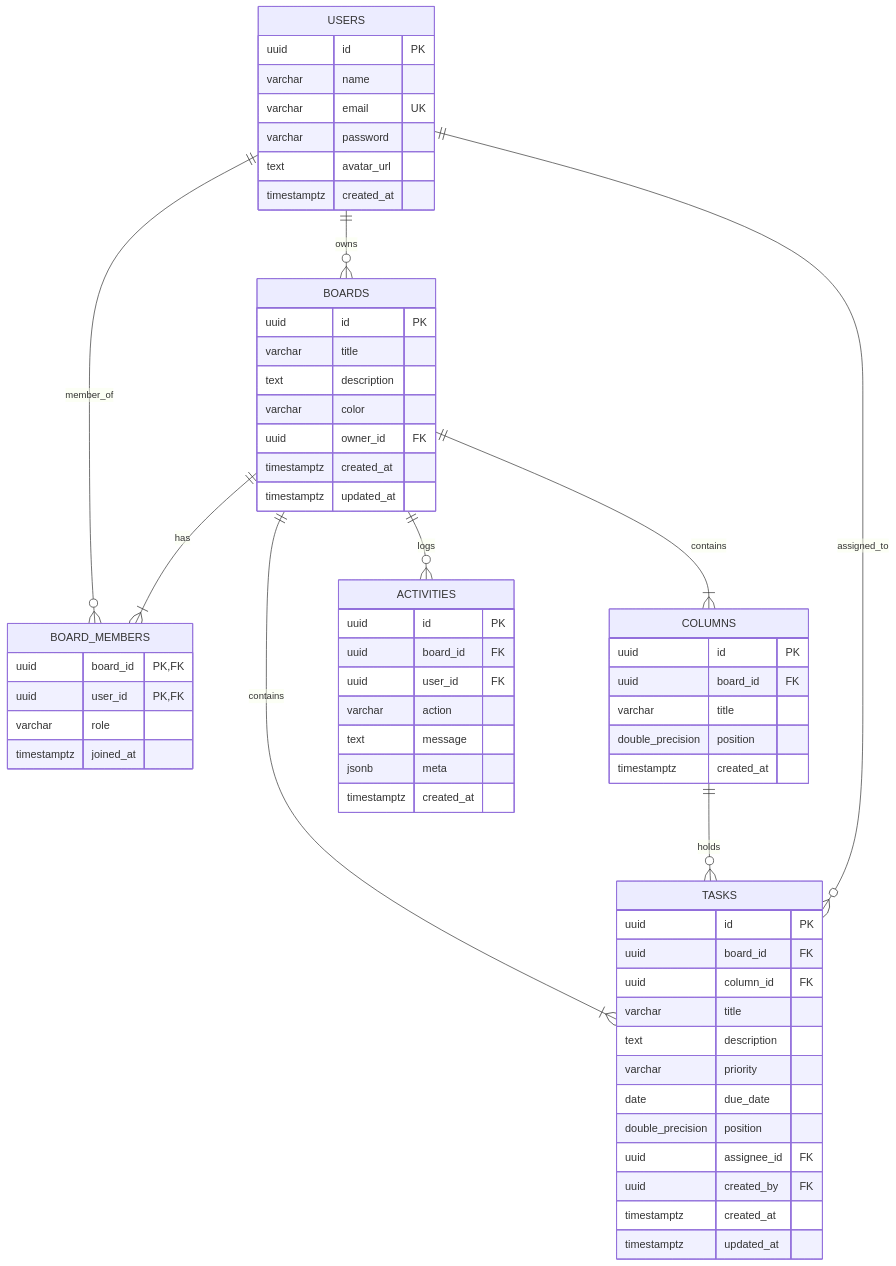
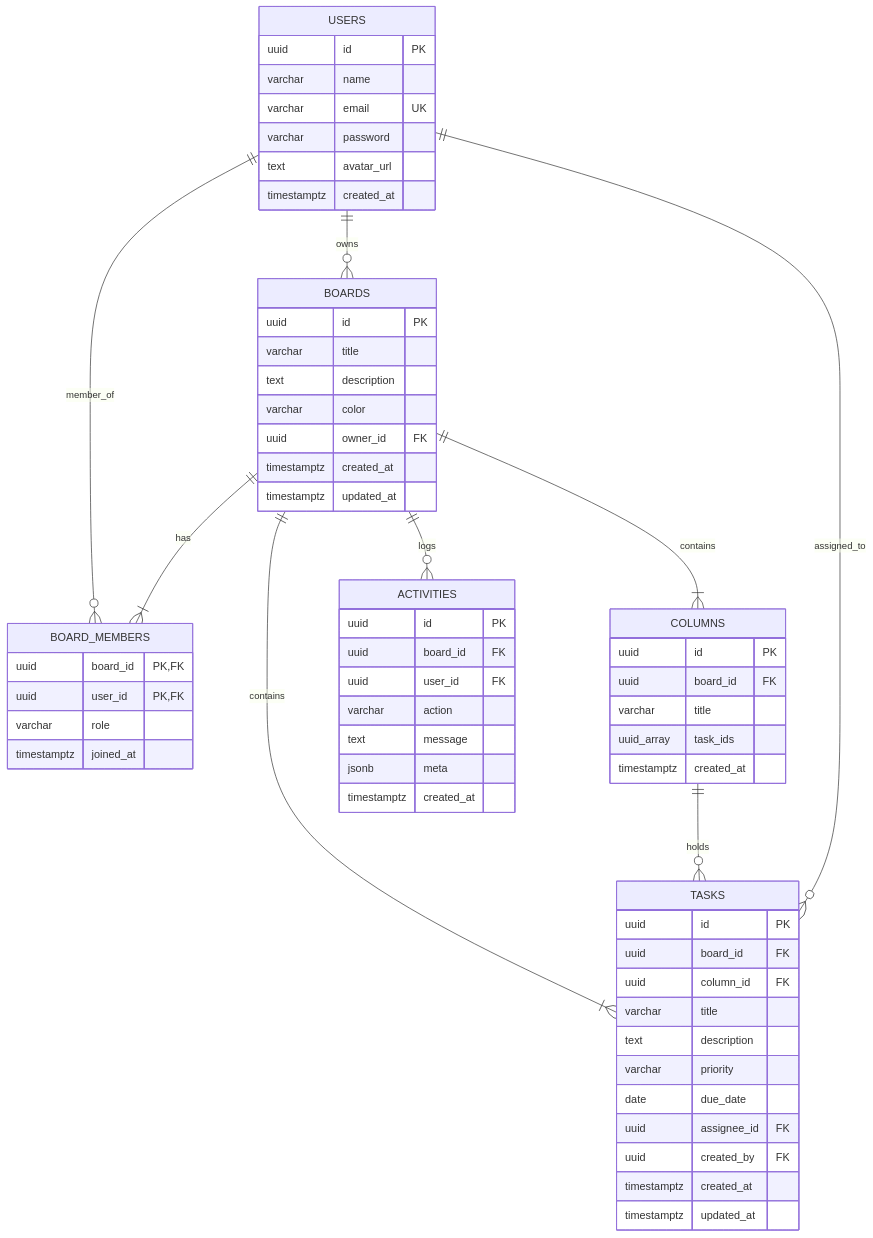
One commit to Injamulhasan/ai-kanban-board changed the second of 5 diagrams in docs/architecture.md. Above: the diagram before and after it, drawn with Mermaid. The commit also changed other lines of this file and 3 other files, not shown here.

Commit message:
docs: update architecture, databases, context, and readme for simplification

````diff
--- a/docs/architecture.md
+++ b/docs/architecture.md
@@ -33,65 +33,64 @@
 ```mermaid
 erDiagram
     USERS {
         uuid id PK
         varchar name
         varchar email UK
         varchar password
         text avatar_url
         timestamptz created_at
     }
     BOARDS {
         uuid id PK
         varchar title
         text description
         varchar color
         uuid owner_id FK
         timestamptz created_at
         timestamptz updated_at
     }
     BOARD_MEMBERS {
         uuid board_id PK, FK
         uuid user_id PK, FK
         varchar role
         timestamptz joined_at
     }
     COLUMNS {
         uuid id PK
         uuid board_id FK
         varchar title
-        double_precision position
+        uuid_array task_ids
         timestamptz created_at
     }
     TASKS {
         uuid id PK
         uuid board_id FK
         uuid column_id FK
         varchar title
         text description
         varchar priority
         date due_date
-        double_precision position
         uuid assignee_id FK
         uuid created_by FK
         timestamptz created_at
         timestamptz updated_at
     }
     ACTIVITIES {
         uuid id PK
         uuid board_id FK
         uuid user_id FK
         varchar action
         text message
         jsonb meta
         timestamptz created_at
     }
 
     USERS ||--o{ BOARDS : owns
     USERS ||--o{ BOARD_MEMBERS : member_of
     BOARDS ||--|{ BOARD_MEMBERS : has
     BOARDS ||--|{ COLUMNS : contains
     BOARDS ||--|{ TASKS : contains
     COLUMNS ||--o{ TASKS : holds
     BOARDS ||--o{ ACTIVITIES : logs
     USERS ||--o{ TASKS : assigned_to
 ```
````
